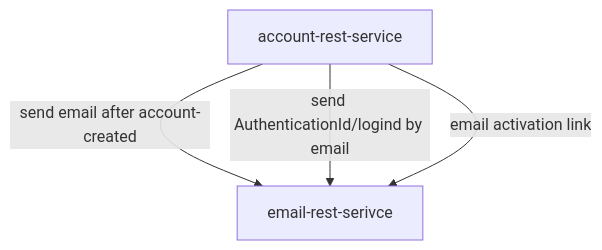
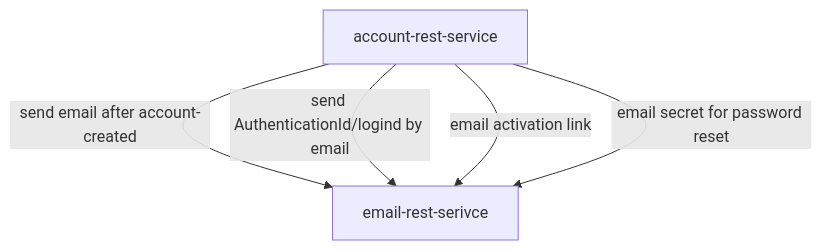
Before and after one commit to sonamsamdupkhangsar/email-rest-service: the diagram in README.md, drawn with Mermaid.

Commit message:
add mermaidms

````diff
--- a/README.md
+++ b/README.md
@@ -9,6 +9,7 @@
 ```mermaid
 flowchart TD
  Account[account-rest-service] --"send email after account-created"--> email[email-rest-serivce]
  Account --"send AuthenticationId/logind by email"--> email
  Account --"email activation link"-->email
+ Account --"email secret for password reset" -->email
 ```
````
